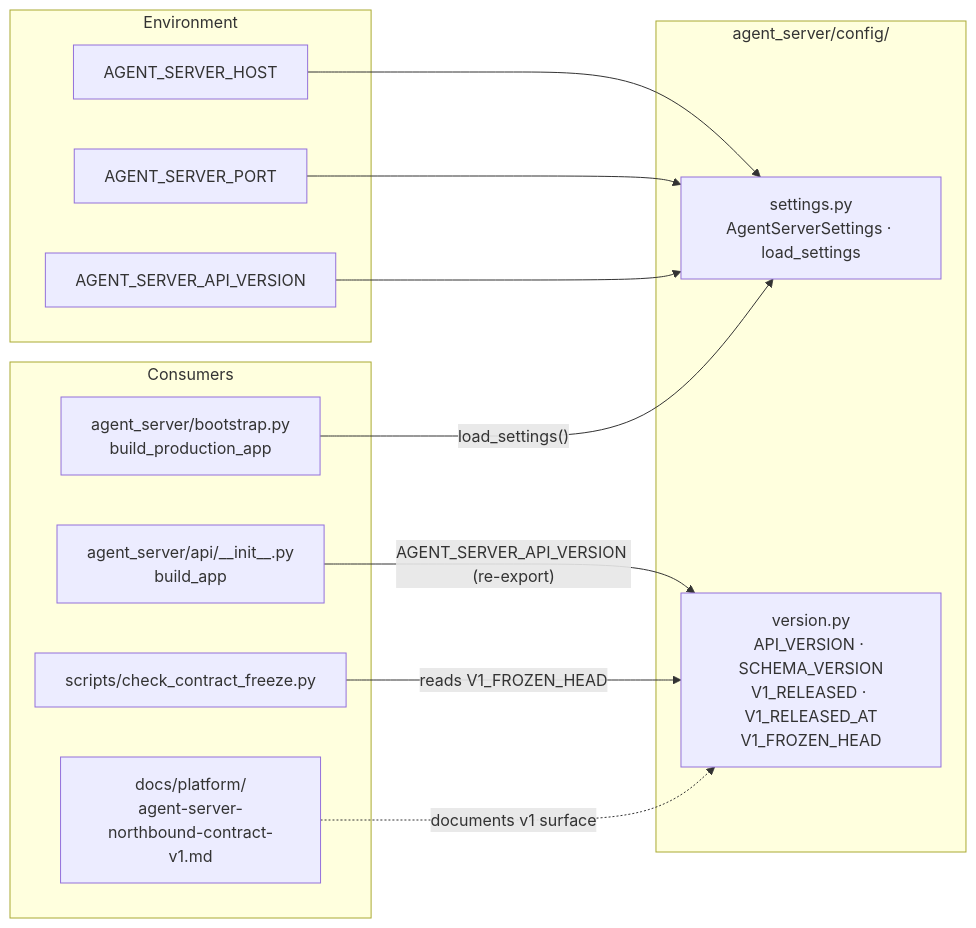
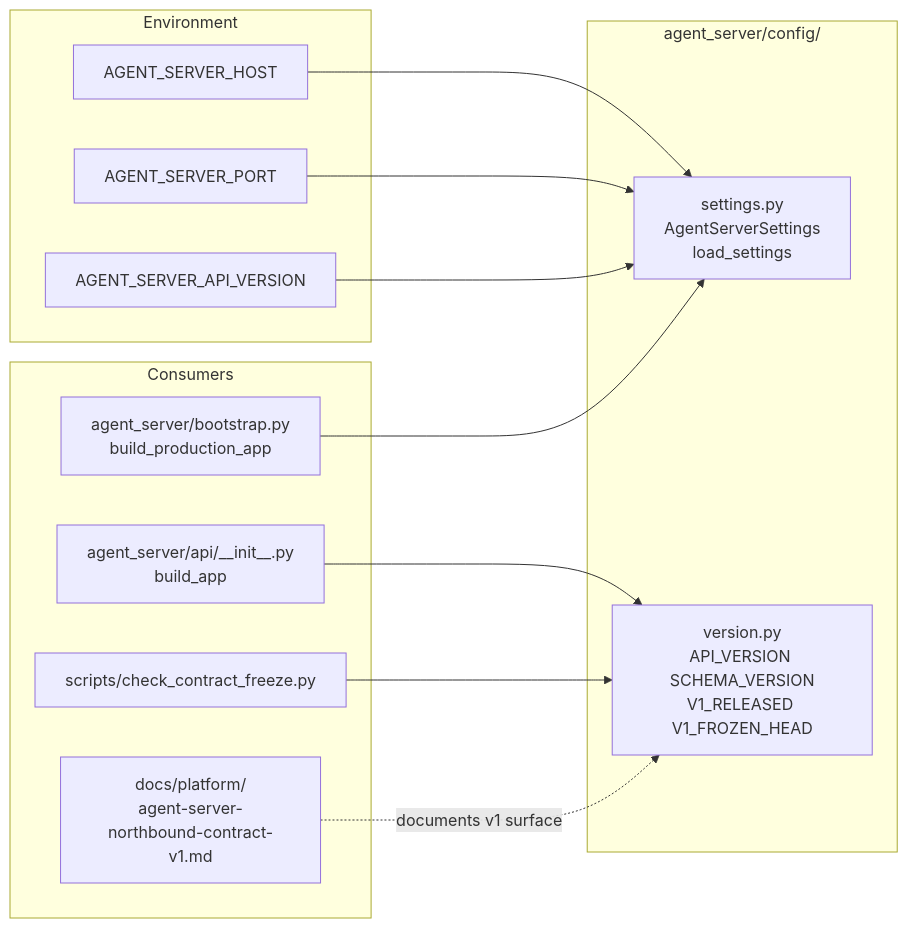
The first of 3 diagrams in agent_server/config/ARCHITECTURE.md (chaosxingxc-orion/hi-agent), drawn with Mermaid before and after one commit. The commit also changed other lines of this file and 9 other files, not shown here.

````diff
--- a/agent_server/config/ARCHITECTURE.md
+++ b/agent_server/config/ARCHITECTURE.md
@@ -71,29 +50,29 @@
 ```mermaid
 graph LR
-    subgraph CFG["agent_server/config/"]
-        SET["settings.py<br/>AgentServerSettings · load_settings"]
-        VER["version.py<br/>API_VERSION · SCHEMA_VERSION<br/>V1_RELEASED · V1_RELEASED_AT<br/>V1_FROZEN_HEAD"]
+    subgraph CFG[agent_server/config/]
+        SET[settings.py<br/>AgentServerSettings<br/>load_settings]
+        VER[version.py<br/>API_VERSION SCHEMA_VERSION<br/>V1_RELEASED V1_FROZEN_HEAD]
     end
 
-    subgraph CONSUMERS["Consumers"]
-        BS["agent_server/bootstrap.py<br/>build_production_app"]
-        API["agent_server/api/__init__.py<br/>build_app"]
-        FREEZE["scripts/check_contract_freeze.py"]
-        DOCS["docs/platform/<br/>agent-server-northbound-contract-v1.md"]
+    subgraph CONSUMERS[Consumers]
+        BS[agent_server/bootstrap.py<br/>build_production_app]
+        API[agent_server/api/__init__.py<br/>build_app]
+        FREEZE[scripts/check_contract_freeze.py]
+        DOCS[docs/platform/<br/>agent-server-northbound-contract-v1.md]
     end
 
-    subgraph ENV["Environment"]
-        HOSTV["AGENT_SERVER_HOST"]
-        PORTV["AGENT_SERVER_PORT"]
-        APIV["AGENT_SERVER_API_VERSION"]
+    subgraph ENV[Environment]
+        HOSTV[AGENT_SERVER_HOST]
+        PORTV[AGENT_SERVER_PORT]
+        APIV[AGENT_SERVER_API_VERSION]
     end
 
     HOSTV --> SET
     PORTV --> SET
     APIV --> SET
 
-    BS -->|"load_settings()"| SET
-    API -->|"AGENT_SERVER_API_VERSION (re-export)"| VER
-    FREEZE -->|"reads V1_FROZEN_HEAD"| VER
-    DOCS -. "documents v1 surface" .-> VER
+    BS --> SET
+    API --> VER
+    FREEZE --> VER
+    DOCS -. documents v1 surface .-> VER
 ```
````
